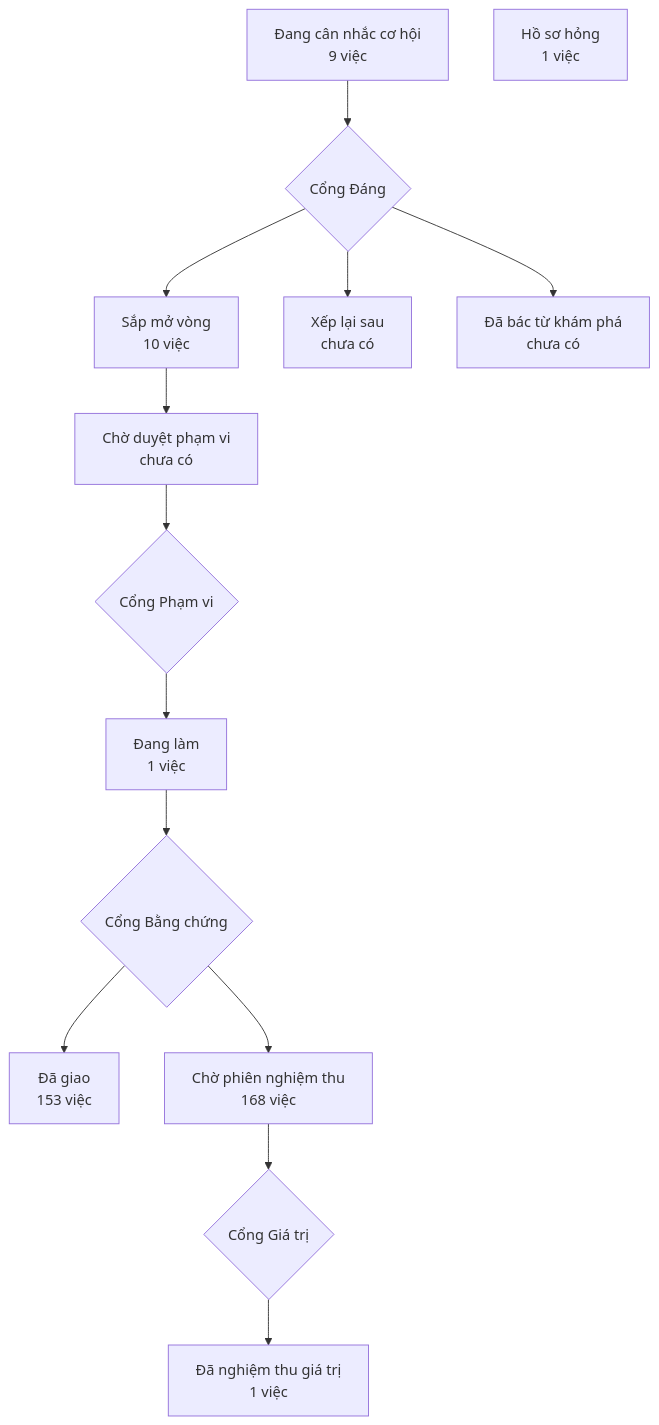
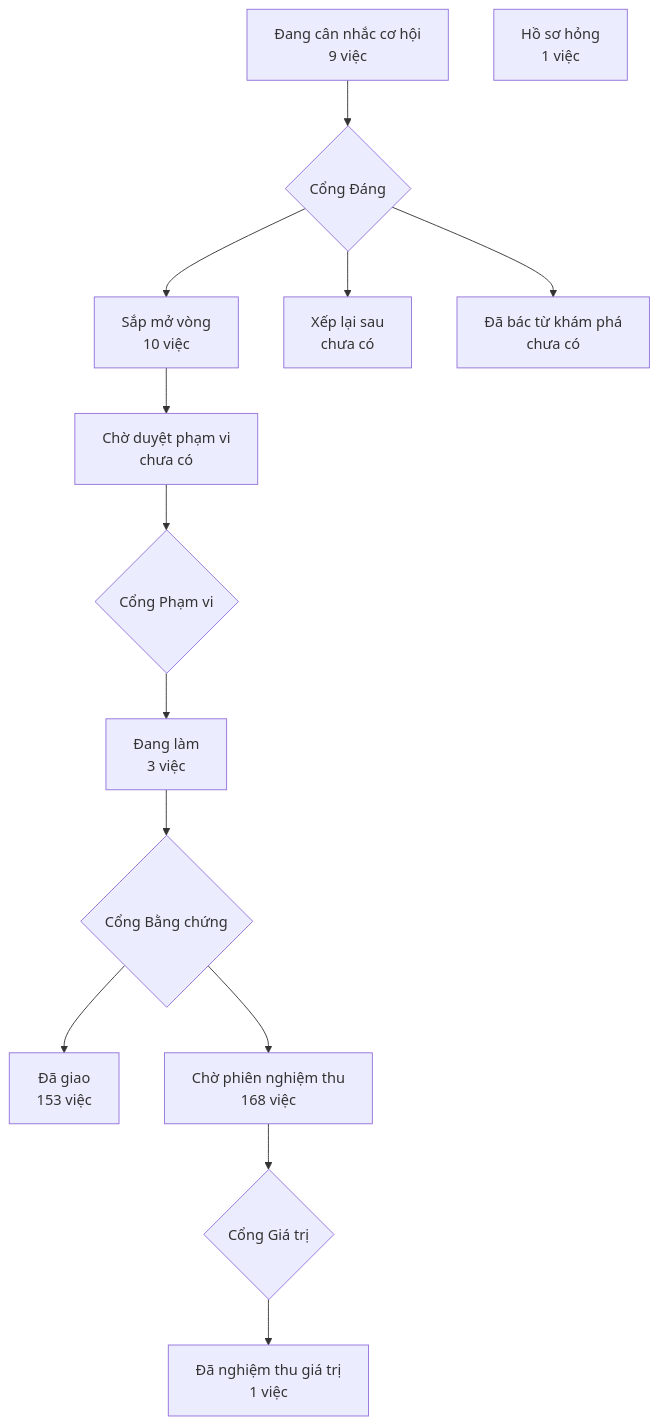
Before and after one commit to phanlemanh/crm-onehub: the diagram in PRODUCT-MAP.md, drawn with Mermaid. The commit also changed other lines of this file and 3 other files, not shown here.

````diff
--- a/PRODUCT-MAP.md
+++ b/PRODUCT-MAP.md
@@ -7,13 +7,13 @@
 ```mermaid
 flowchart TD
   A["Đang cân nhắc cơ hội<br/>9 việc"] --> GD{"Cổng Đáng"}
   GD --> B["Sắp mở vòng<br/>10 việc"]
   GD --> XL["Xếp lại sau<br/>chưa có"]
   GD --> DB["Đã bác từ khám phá<br/>chưa có"]
   B --> CD["Chờ duyệt phạm vi<br/>chưa có"] --> GP{"Cổng Phạm vi"}
-  GP --> DL["Đang làm<br/>1 việc"] --> GB{"Cổng Bằng chứng"}
+  GP --> DL["Đang làm<br/>3 việc"] --> GB{"Cổng Bằng chứng"}
   GB --> DG["Đã giao<br/>153 việc"]
   GB --> CN["Chờ phiên nghiệm thu<br/>168 việc"] --> GG{"Cổng Giá trị"}
   GG --> NT["Đã nghiệm thu giá trị<br/>1 việc"]
   HS["Hồ sơ hỏng<br/>1 việc"]
 ```
````
